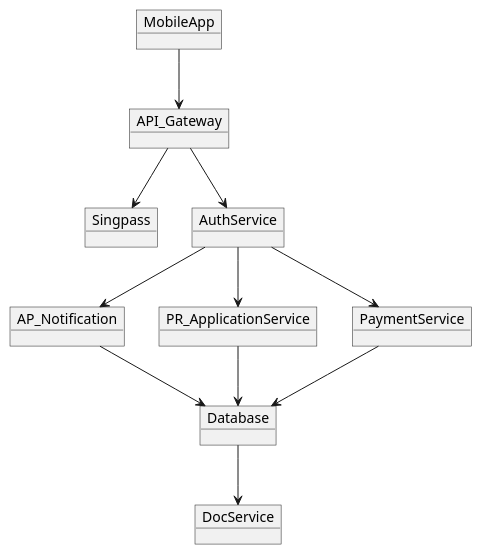
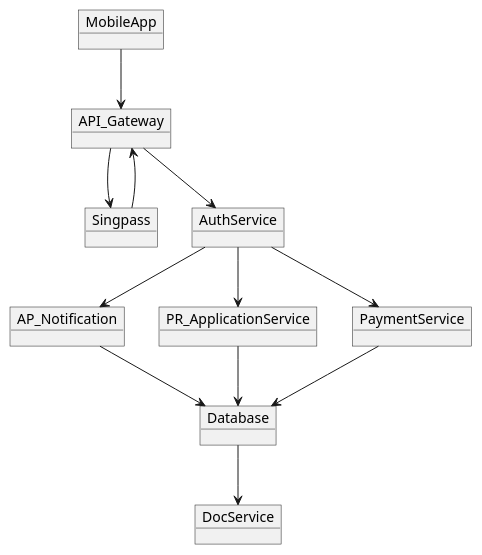
One commit to workOnCarrier/Playfield changed the diagram in md/maps_diagrams/flowchart_pr_application.puml. Above: the diagram before and after it, drawn with PlantUML. The commit also changed 15 other files, not shown here.

```diff
--- a/md/maps_diagrams/flowchart_pr_application.puml
+++ b/md/maps_diagrams/flowchart_pr_application.puml
@@ -1,24 +1,25 @@
-@startuml
+@startuml PR_Application_SystemDesign
 
 object MobileApp
 object API_Gateway
 object Singpass
 object AuthService
 object AP_Notification
 object PR_ApplicationService
 object PaymentService
 object Database
 object DocService
 
 MobileApp --> API_Gateway
 API_Gateway --> AuthService
 API_Gateway --> Singpass
+Singpass --> API_Gateway 
 AuthService --> AP_Notification
 AuthService --> PR_ApplicationService
 AuthService --> PaymentService
 
 AP_Notification --> Database
 PR_ApplicationService --> Database
 PaymentService --> Database
 Database --> DocService
 @enduml
```
